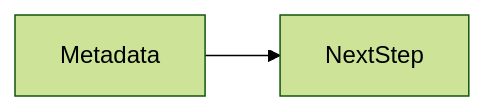
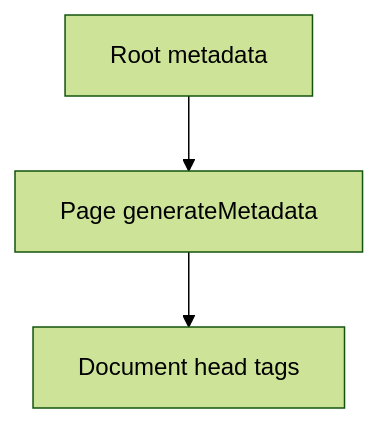
The second of 2 diagrams in docs/en/11-nextjs/metadata/index.md (OmidJavaherii/Frontend-Engineering-Handbook), drawn with Mermaid (forest theme) before and after one commit. The commit also changed other lines of this file and 461 other files, not shown here.

````diff
--- a/docs/en/11-nextjs/metadata/index.md
+++ b/docs/en/11-nextjs/metadata/index.md
@@ -95,4 +119,5 @@
 ```mermaid
-flowchart LR
-  concept[Metadata] --> nextStep[NextStep]
+flowchart TD
+  RootMeta[Root metadata] --> PageMeta[Page generateMetadata]
+  PageMeta --> Head[Document head tags]
 ```
````
